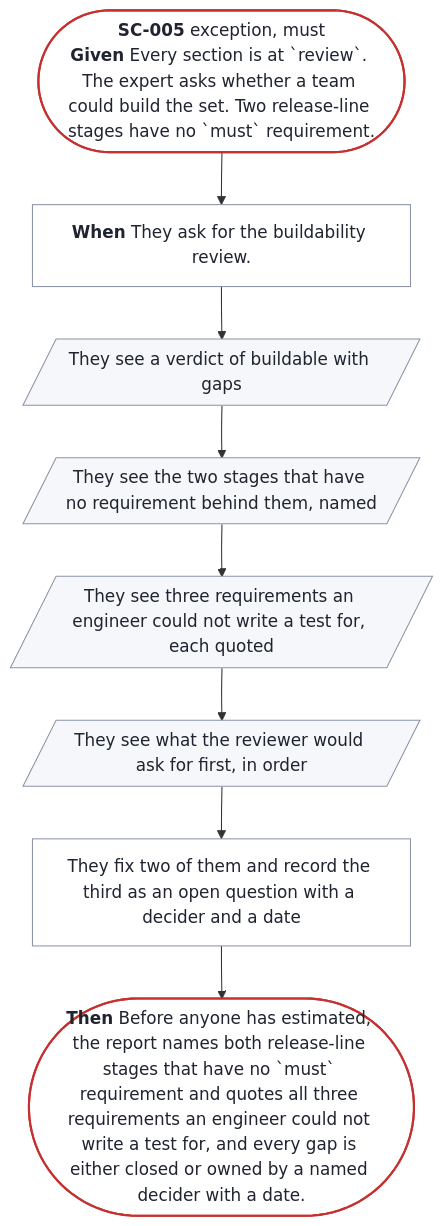
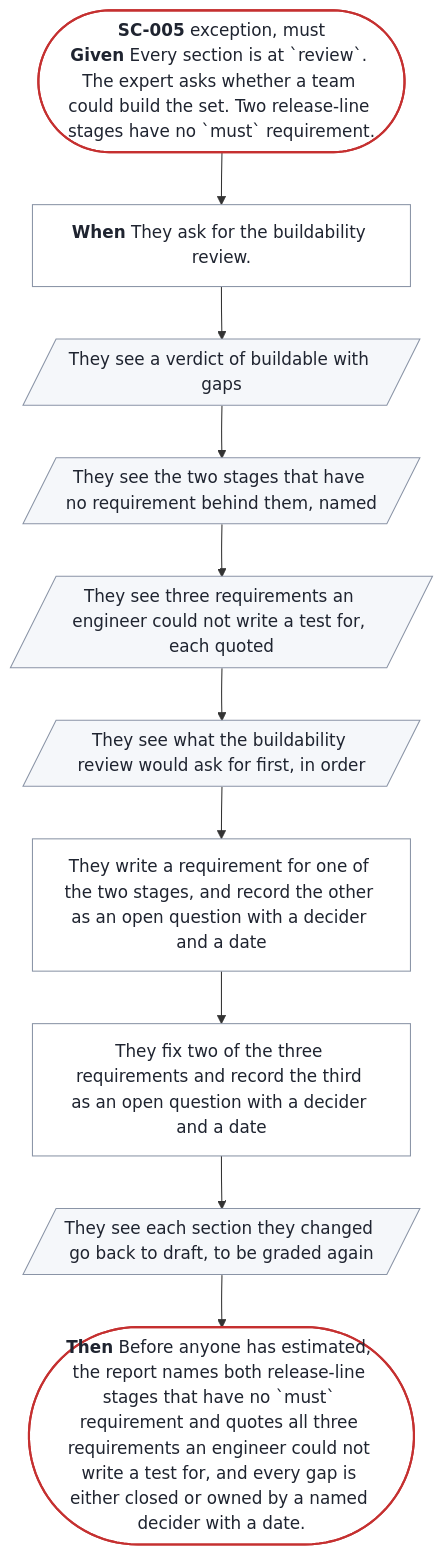
The diagram in docs/prd/prd-forge/diagrams/SC-005.mmd (SpillwaveSolutions/prd-forge), drawn with Mermaid before and after one commit. The commit also changed 27 other files, not shown here.

```diff
--- a/docs/prd/prd-forge/diagrams/SC-005.mmd
+++ b/docs/prd/prd-forge/diagrams/SC-005.mmd
@@ -1,22 +1,26 @@
 %% Generated by prd-diagrams.mjs from the scenario front matter. Do not edit.
 %%{init: {"flowchart": {"wrappingWidth": 300}}}%%
 flowchart TB
   start(["<b>SC-005</b> exception, must<br/><b>Given</b> Every section is at `review`. The expert asks whether a team could build the set. Two release-line stages have no `must` requirement."])
   trigger["<b>When</b> They ask for the buildability review."]
   s0[/"They see a verdict of buildable with gaps"/]
   s1[/"They see the two stages that have no requirement behind them, named"/]
   s2[/"They see three requirements an engineer could not write a test for, each quoted"/]
-  s3[/"They see what the reviewer would ask for first, in order"/]
-  s4["They fix two of them and record the third as an open question with a decider and a date"]
+  s3[/"They see what the buildability review would ask for first, in order"/]
+  s4["They write a requirement for one of the two stages, and record the other as an open question with a decider and a date"]
+  s5["They fix two of the three requirements and record the third as an open question with a decider and a date"]
+  s6[/"They see each section they changed go back to draft, to be graded again"/]
   done(["<b>Then</b> Before anyone has estimated, the report names both release-line stages that have no `must` requirement and quotes all three requirements an engineer could not write a test for, and every gap is either closed or owned by a named decider with a date."])
-  start --> trigger --> s0 --> s1 --> s2 --> s3 --> s4 --> done
+  start --> trigger --> s0 --> s1 --> s2 --> s3 --> s4 --> s5 --> s6 --> done
   classDef ends fill:#FFFFFF,stroke:#C53030,stroke-width:2px,color:#1F2430
   classDef sees fill:#F5F7FA,stroke:#8A94A6,color:#1F2430
   classDef does fill:#FFFFFF,stroke:#8A94A6,color:#1F2430
   class start,done ends
   class s0 sees
   class s1 sees
   class s2 sees
   class s3 sees
   class s4 does
+  class s5 does
+  class s6 sees
   class trigger does
```
